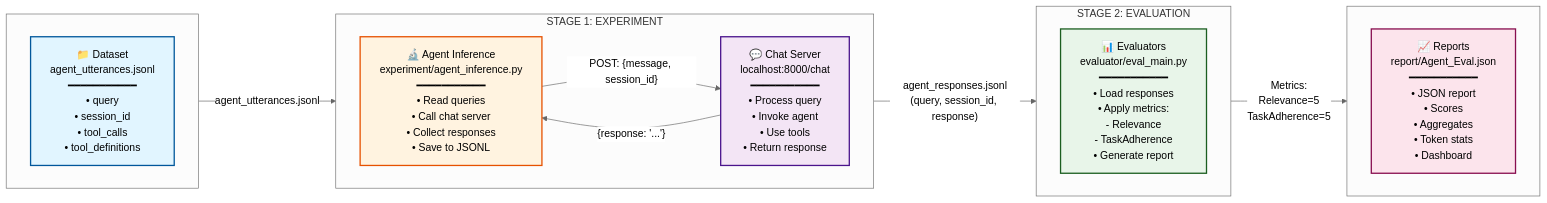
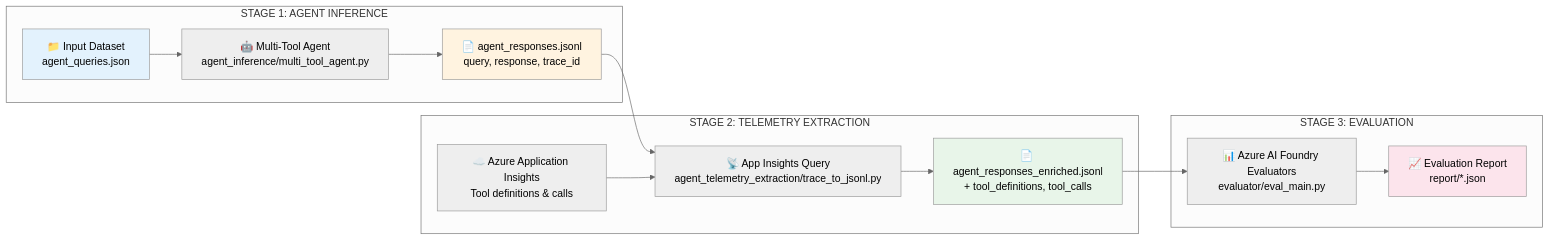
The diagram in src/evaluations/offline/pipeline_multi_tool_agent_evaluation/README.md (Azure-Samples/Agentic-Evaluations), drawn with Mermaid (neutral theme) before and after one commit. The commit also changed other lines of this file, not shown here.

````diff
--- a/src/evaluations/offline/pipeline_multi_tool_agent_evaluation/README.md
+++ b/src/evaluations/offline/pipeline_multi_tool_agent_evaluation/README.md
@@ -19,60 +19,23 @@
 ```mermaid
 flowchart LR
-    %% Define styles
-    classDef inputStyle fill:#e1f5ff,stroke:#01579b,stroke-width:2px
-    classDef experimentStyle fill:#fff3e0,stroke:#e65100,stroke-width:2px
-    classDef serverStyle fill:#f3e5f5,stroke:#4a148c,stroke-width:2px
-    classDef evalStyle fill:#e8f5e9,stroke:#1b5e20,stroke-width:2px
-    classDef outputStyle fill:#fce4ec,stroke:#880e4f,stroke-width:2px
-    
-    %% Input Stage
-    A["📁 Dataset<br/>agent_utterances.jsonl<br/>━━━━━━━━━━━<br/>• query<br/>• session_id<br/>• tool_calls<br/>• tool_definitions"]
-    
-    %% Experiment Stage
-    B["🔬 Agent Inference<br/>experiment/agent_inference.py<br/>━━━━━━━━━━━<br/>• Read queries<br/>• Call chat server<br/>• Collect responses<br/>• Save to JSONL"]
-    
-    %% Chat Server
-    C["💬 Chat Server<br/>localhost:8000/chat<br/>━━━━━━━━━━━<br/>• Process query<br/>• Invoke agent<br/>• Use tools<br/>• Return response"]
-    
-    %% Evaluation Stage
-    D["📊 Evaluators<br/>evaluator/eval_main.py<br/>━━━━━━━━━━━<br/>• Load responses<br/>• Apply metrics:<br/>  - Relevance<br/>  - TaskAdherence<br/>• Generate report"]
-    
-    %% Output Stage
-    E["📈 Reports<br/>report/Agent_Eval.json<br/>━━━━━━━━━━━<br/>• JSON report<br/>• Scores<br/>• Aggregates<br/>• Token stats<br/>• Dashboard"]
-    
-    %% Connections
-    A -->|"agent_utterances.jsonl"| B
-    B -->|"POST: {message, session_id}"| C
-    C -->|"{response: '...'}"| B
-    B -->|"agent_responses.jsonl<br/>(query, session_id, response)"| D
-    D -->|"Metrics:<br/>Relevance=5<br/>TaskAdherence=5"| E
-    
-    %% Apply styles
-    class A inputStyle
-    class B experimentStyle
-    class C serverStyle
-    class D evalStyle
-    class E outputStyle
-    
-    %% Stage labels
-    subgraph " "
-        direction LR
-        A
+    subgraph stage1["STAGE 1: AGENT INFERENCE"]
+        A["📁 Input Dataset<br/>agent_queries.json"] --> B["🤖 Multi-Tool Agent<br/>agent_inference/multi_tool_agent.py"]
+        B --> C["📄 agent_responses.jsonl<br/>query, response, trace_id"]
     end
     
-    subgraph "STAGE 1: EXPERIMENT"
-        direction LR
-        B
-        C
+    subgraph stage2["STAGE 2: TELEMETRY EXTRACTION"]
+        C --> D["📡 App Insights Query<br/>agent_telemetry_extraction/trace_to_jsonl.py"]
+        E["☁️ Azure Application Insights<br/>Tool definitions & calls"] --> D
+        D --> F["📄 agent_responses_enriched.jsonl<br/>+ tool_definitions, tool_calls"]
     end
     
-    subgraph "STAGE 2: EVALUATION"
-        direction LR
-        D
+    subgraph stage3["STAGE 3: EVALUATION"]
+        F --> G["📊 Azure AI Foundry Evaluators<br/>evaluator/eval_main.py"]
+        G --> H["📈 Evaluation Report<br/>report/*.json"]
     end
-    
-    subgraph " "
-        direction LR
-        E
-    end
+
+    style A fill:#e3f2fd
+    style C fill:#fff3e0
+    style F fill:#e8f5e9
+    style H fill:#fce4ec
 ```
````
